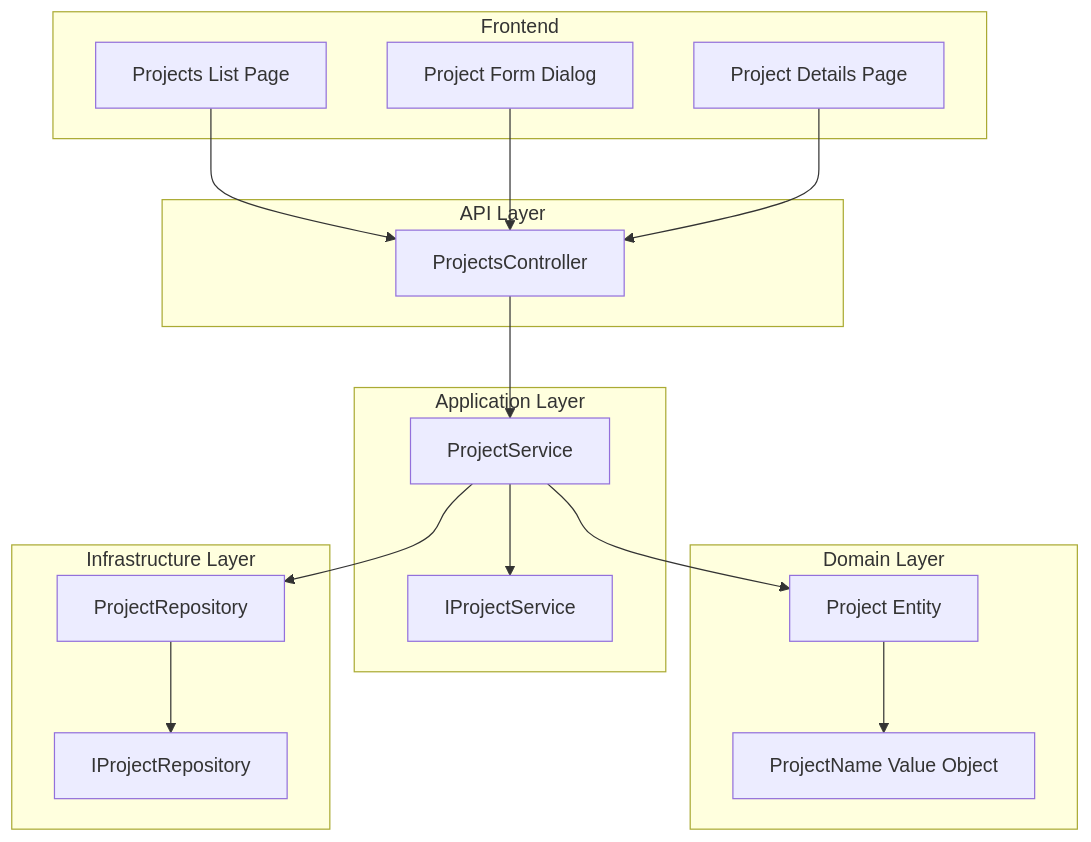
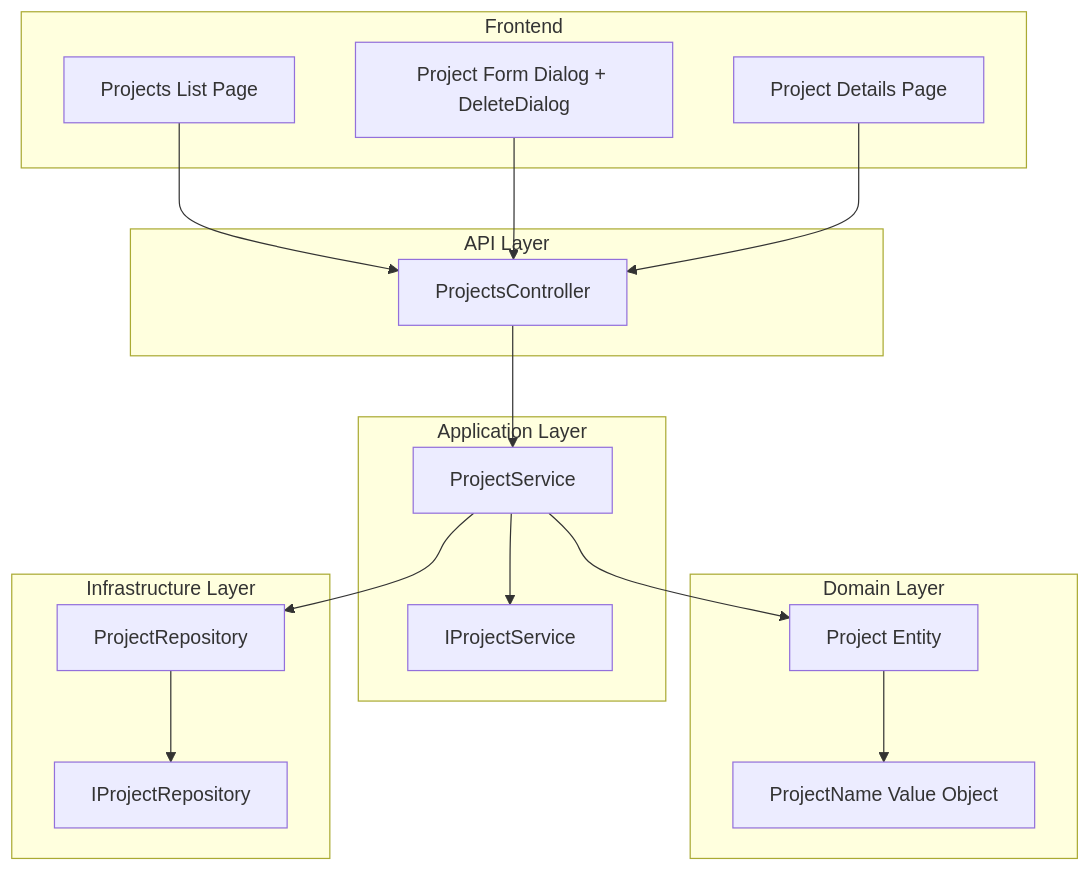
The first of 6 diagrams in .qoder/repowiki/en/content/Project Management Feature/Project CRUD Operations.md (jejejesus/TaskFlow), drawn with Mermaid before and after one commit. The commit also changed other lines of this file and 21 other files, not shown here.

````diff
--- a/.qoder/repowiki/en/content/Project Management Feature/Project CRUD Operations.md
+++ b/.qoder/repowiki/en/content/Project Management Feature/Project CRUD Operations.md
@@ -44,32 +51,32 @@
 ```mermaid
 graph TB
 subgraph "Frontend"
 FE_List["Projects List Page"]
-FE_Form["Project Form Dialog"]
+FE_Form["Project Form Dialog + DeleteDialog"]
 FE_Details["Project Details Page"]
 end
 subgraph "API Layer"
 Ctl["ProjectsController"]
 end
 subgraph "Application Layer"
 Svc["ProjectService"]
 IF_Svc["IProjectService"]
 end
 subgraph "Domain Layer"
 Ent["Project Entity"]
 VO_Name["ProjectName Value Object"]
 end
 subgraph "Infrastructure Layer"
 Repo["ProjectRepository"]
 IF_Repo["IProjectRepository"]
 end
 FE_List --> Ctl
 FE_Form --> Ctl
 FE_Details --> Ctl
 Ctl --> Svc
 Svc --> IF_Svc
 Svc --> Repo
 Repo --> IF_Repo
 Svc --> Ent
 Ent --> VO_Name
 ```
````
